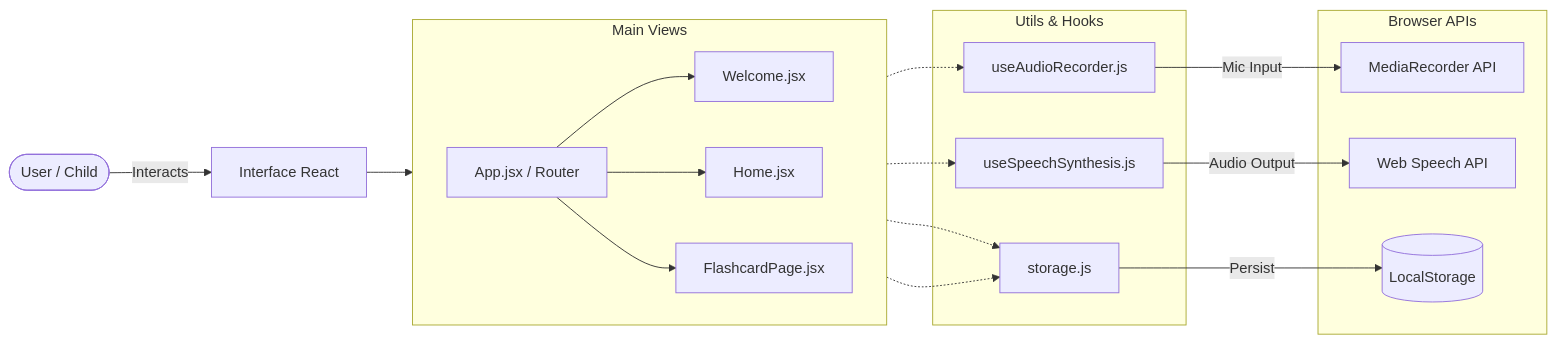
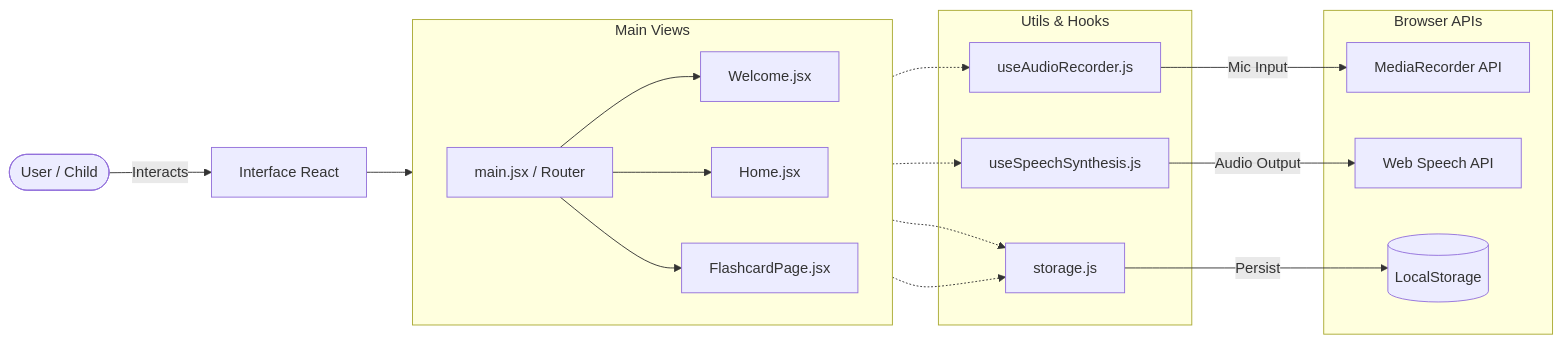
One commit to livia-pimentel/talkplay changed the diagram in talkplay/ARCHITECTURE.md. Above: the diagram before and after it, drawn with Mermaid.

````diff
--- a/talkplay/ARCHITECTURE.md
+++ b/talkplay/ARCHITECTURE.md
@@ -21,31 +21,31 @@
 ```mermaid
 flowchart LR
     %% Users
     User([User / Child]) -->|Interacts| UI[Interface React]
-    UI --> App[App.jsx / Router]
+    UI --> App[main.jsx / Router]
 
     %% Navagation Layer
     subgraph Views [Main Views]
         direction LR
         App --> Welcome[Welcome.jsx]
         App --> Home[Home.jsx]
         App --> Flashcard[FlashcardPage.jsx]
     end
 
     %% Logic Layer
     subgraph Logic [Utils & Hooks]
         Flashcard -.-> Audio[useAudioRecorder.js]
         Flashcard -.-> Speech[useSpeechSynthesis.js]
         Flashcard -.-> Store[storage.js]
         Home -.-> Store
     end
 
     %% Browser Layer
     subgraph Browser [Browser APIs]
         Audio -->|Mic Input| MediaAPI[MediaRecorder API]
         Speech -->|Audio Output| WebSpeech[Web Speech API]
         Store -->|Persist| DB[(LocalStorage)]
     end
 
     class Views,Logic,Browser box;
 ```
````
